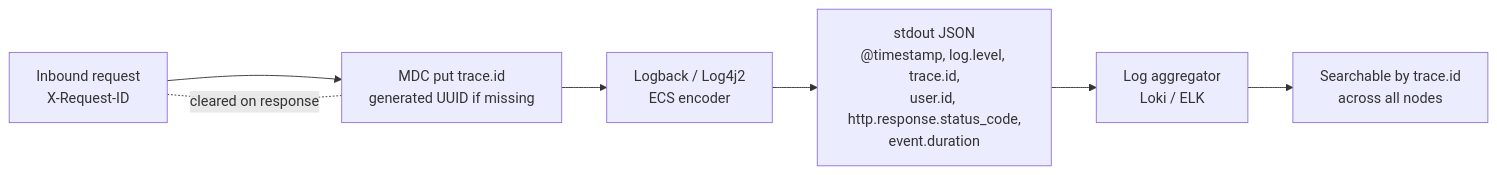
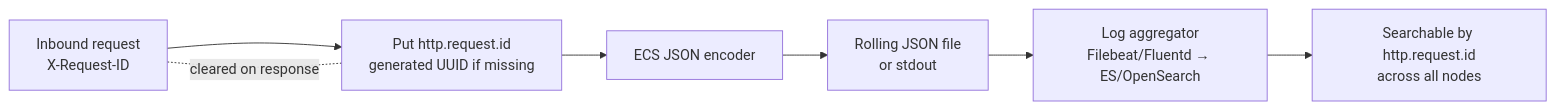
One commit to kemit-ee/efti-gate-ee changed the diagram in docs/epics/epic_16_en.md. Above: the diagram before and after it, drawn with Mermaid. The commit also changed other lines of this file, not shown here.

````diff
--- a/docs/epics/epic_16_en.md
+++ b/docs/epics/epic_16_en.md
@@ -13,9 +21,9 @@
 ```mermaid
 flowchart LR
-    Req[Inbound request<br/>X-Request-ID] --> MDC["MDC put trace.id<br/>generated UUID if missing"]
-    MDC --> Logback[Logback / Log4j2<br/>ECS encoder]
-    Logback --> Stdout[stdout JSON<br/>@timestamp, log.level, trace.id,<br/>user.id, http.response.status_code,<br/>event.duration]
-    Stdout --> Aggregator[Log aggregator<br/>Loki / ELK]
-    Aggregator --> Search[Searchable by trace.id<br/>across all nodes]
+    Req[Inbound request<br/>X-Request-ID] --> MDC["Put http.request.id<br/>generated UUID if missing"]
+    MDC --> Encoder[ECS JSON encoder]
+    Encoder --> Stdout[Rolling JSON file<br/>or stdout]
+    Stdout --> Aggregator[Log aggregator<br/>Filebeat/Fluentd → ES/OpenSearch]
+    Aggregator --> Search[Searchable by http.request.id<br/>across all nodes]
     MDC -.cleared on response.- Req
 ```
````
